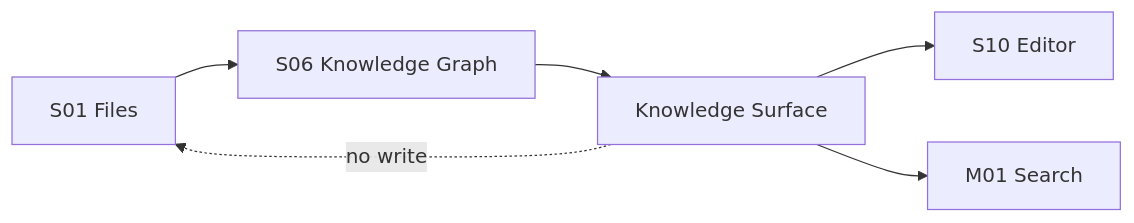
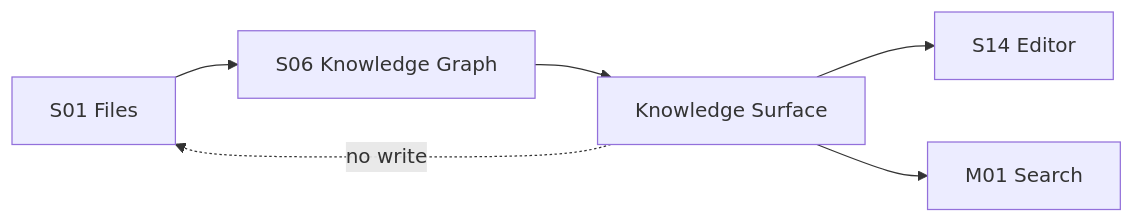
One commit to jinhuang712/open-novel changed the diagram in spec/M10-knowledge-surface.md. Above: the diagram before and after it, drawn with Mermaid. The commit also changed 65 other files, not shown here.

````diff
--- a/spec/M10-knowledge-surface.md
+++ b/spec/M10-knowledge-surface.md
@@ -17,8 +17,8 @@
 ```mermaid
 flowchart LR
   Files[S01 Files] --> KG[S06 Knowledge Graph]
   KG --> Surface[Knowledge Surface]
-  Surface --> Editor[S10 Editor]
+  Surface --> Editor[S14 Editor]
   Surface --> Search[M01 Search]
   Surface -.no write.-> Files
 ```
````
